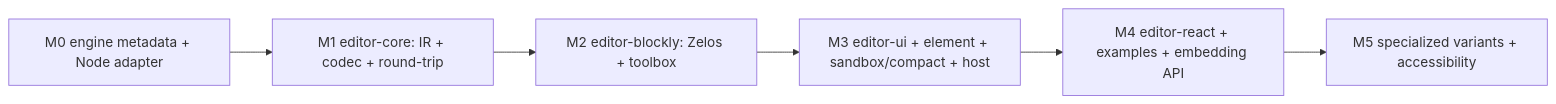
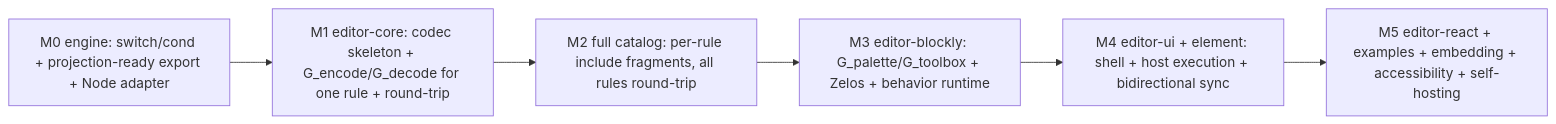
One commit to transon-org/transon-blockly changed the diagram in docs/ROADMAP.md. Above: the diagram before and after it, drawn with Mermaid. The commit also changed other lines of this file and 5 other files, not shown here.

````diff
--- a/docs/ROADMAP.md
+++ b/docs/ROADMAP.md
@@ -85,9 +113,9 @@
 ```mermaid
 flowchart LR
-    M0["M0 engine metadata + Node adapter"] --> M1
-    M1["M1 editor-core: IR + codec + round-trip"] --> M2
-    M2["M2 editor-blockly: Zelos + toolbox"] --> M3
-    M3["M3 editor-ui + element + sandbox/compact + host"] --> M4
-    M4["M4 editor-react + examples + embedding API"] --> M5
-    M5["M5 specialized variants + accessibility"]
+    M0["M0 engine: switch/cond + projection-ready export + Node adapter"] --> M1
+    M1["M1 editor-core: codec skeleton + G_encode/G_decode for one rule + round-trip"] --> M2
+    M2["M2 full catalog: per-rule include fragments, all rules round-trip"] --> M3
+    M3["M3 editor-blockly: G_palette/G_toolbox + Zelos + behavior runtime"] --> M4
+    M4["M4 editor-ui + element: shell + host execution + bidirectional sync"] --> M5
+    M5["M5 editor-react + examples + embedding + accessibility + self-hosting"]
 ```
````
